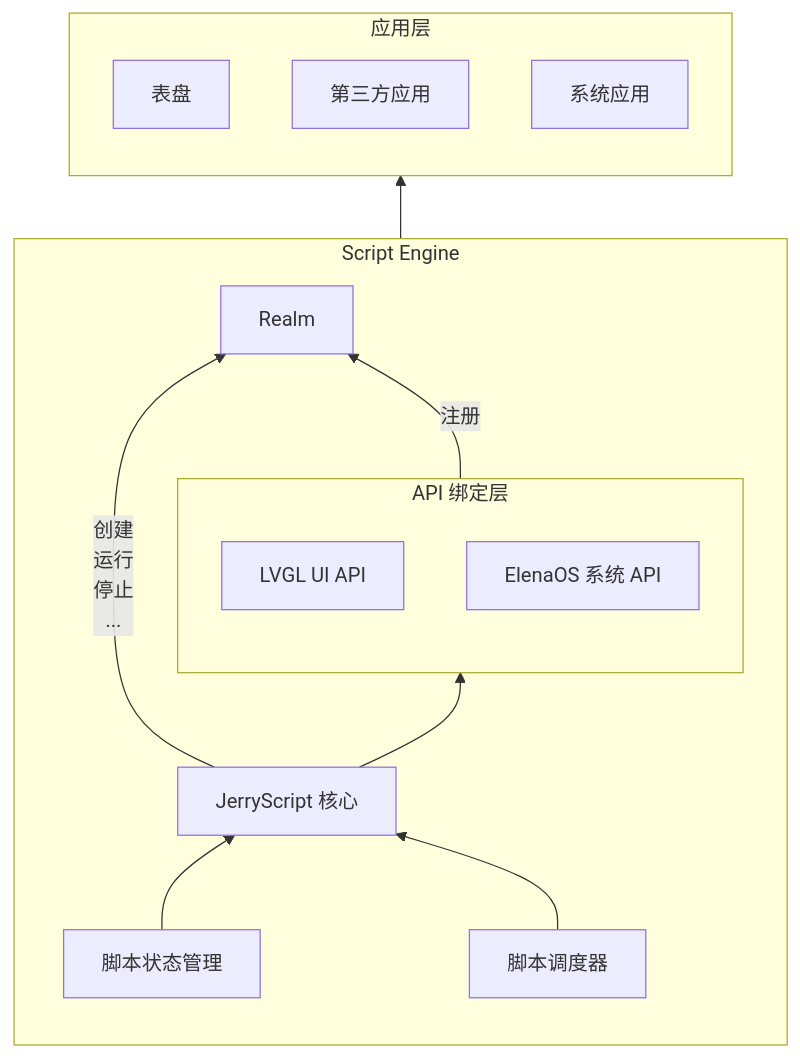
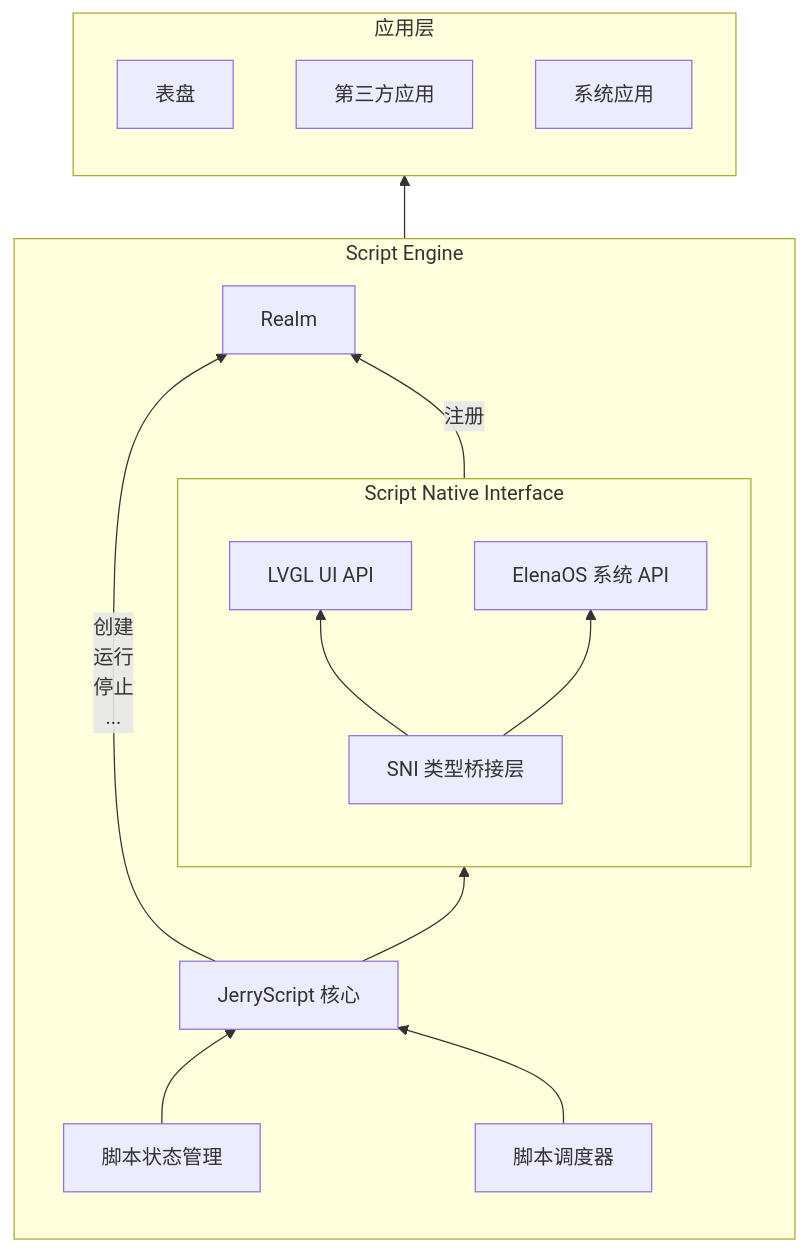
One commit to ElenixOS/ElenixOS changed the diagram in docs/script_engine.md. Above: the diagram before and after it, drawn with Mermaid. The commit also changed 10 other files, not shown here.

````diff
--- a/docs/script_engine.md
+++ b/docs/script_engine.md
@@ -24,33 +24,37 @@
 ```mermaid
 flowchart BT
 
     subgraph application["应用层"]
         direction BT
         Watchface["表盘"]
         ThirdPartyApp["第三方应用"]
         SystemApp["系统应用"]
     end
 
     subgraph ScriptEngine["Script Engine"]
         direction BT
         JerryScriptCore["JerryScript 核心"]
         Realm["Realm"]
         Scheduler["脚本调度器"]
         State["脚本状态管理"]
 
-        subgraph API["API 绑定层"]
+        subgraph SNI["Script Native Interface"]
             direction BT
             LVGL["LVGL UI API"]
             ElenaOS["ElenaOS 系统 API"]
+            SNI_TB["SNI 类型桥接层"]
+
+            SNI_TB-->LVGL
+            SNI_TB-->ElenaOS
         end
     end
 
     JerryScriptCore -->|创建</br>运行</br>停止</br>...| Realm
-    JerryScriptCore --> API
+    JerryScriptCore --> SNI
     State --> JerryScriptCore
     Scheduler --> JerryScriptCore
 
 
-    API -->|注册| Realm
+    SNI -->|注册| Realm
     Realm --> application
 ```
````
